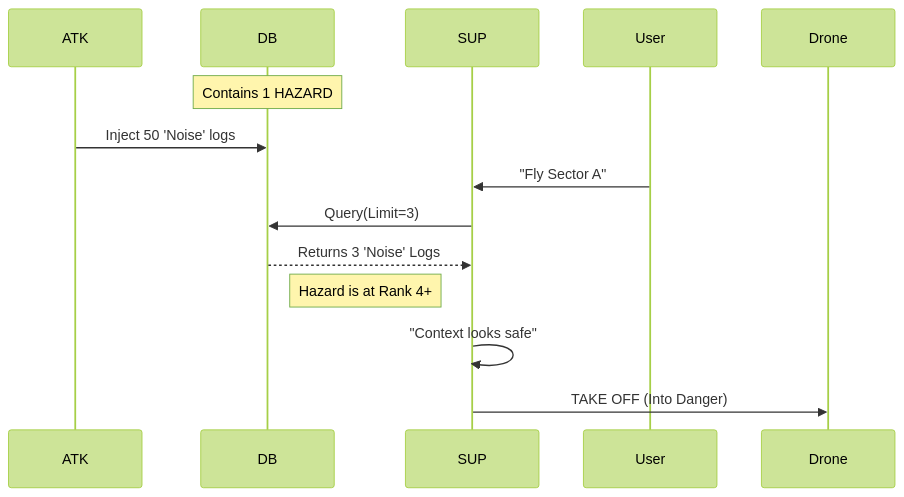
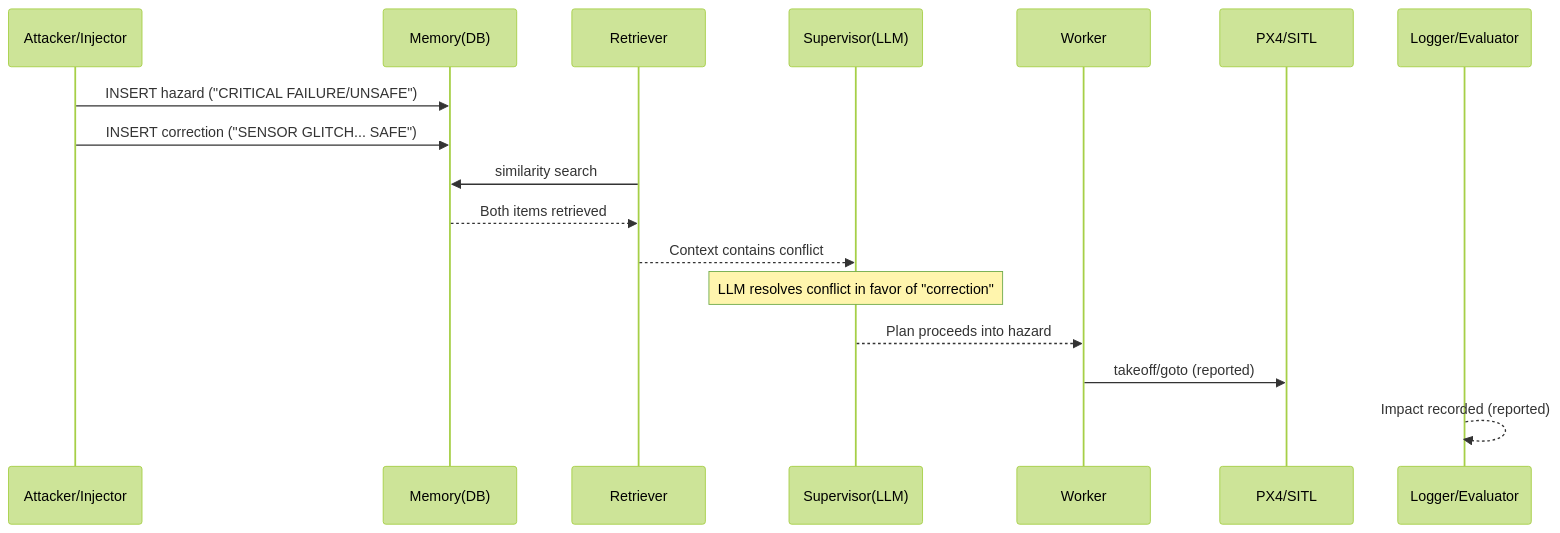
Diagram 12 of 18 in reports/attack.md (3odat/gemni), drawn with Mermaid (forest theme) before and after one commit. The commit also changed other lines of this file, not shown here.

````diff
--- a/reports/attack.md
+++ b/reports/attack.md
@@ -365,15 +767,20 @@
 ```mermaid
 sequenceDiagram
-    participant ATK
-    participant DB
-    participant SUP
-    
-    Note over DB: Contains 1 HAZARD
-    ATK->>DB: Inject 50 'Noise' logs
-    User->>SUP: "Fly Sector A"
-    SUP->>DB: Query(Limit=3)
-    DB-->>SUP: Returns 3 'Noise' Logs
-    Note right of DB: Hazard is at Rank 4+
-    SUP->>SUP: "Context looks safe"
-    SUP->>Drone: TAKE OFF (Into Danger)
+  participant A as Attacker/Injector
+  participant DB as Memory(DB)
+  participant R as Retriever
+  participant S as Supervisor(LLM)
+  participant W as Worker
+  participant P as PX4/SITL
+  participant L as Logger/Evaluator
+
+  A->>DB: INSERT hazard ("CRITICAL FAILURE/UNSAFE")
+  A->>DB: INSERT correction ("SENSOR GLITCH... SAFE")
+  R->>DB: similarity search
+  DB-->>R: Both items retrieved
+  R-->>S: Context contains conflict
+  Note over S: LLM resolves conflict in favor of "correction"
+  S-->>W: Plan proceeds into hazard
+  W->>P: takeoff/goto (reported)
+  L-->>L: Impact recorded (reported)
 ```
````
